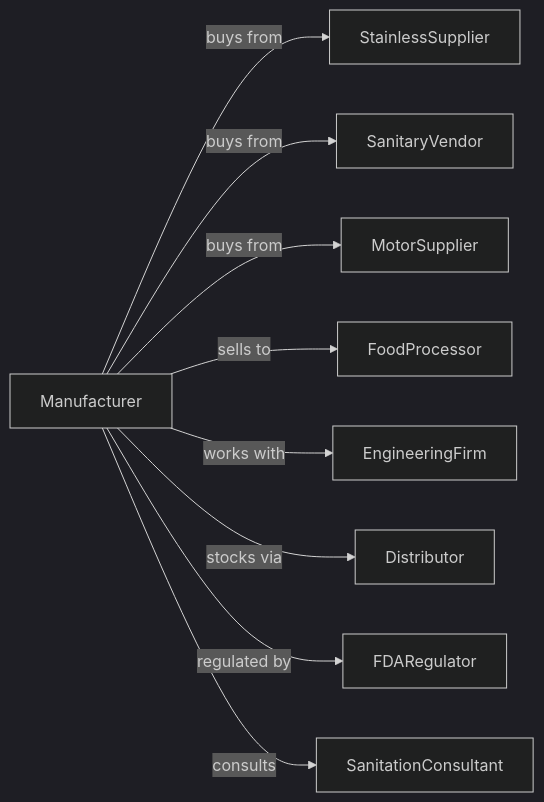
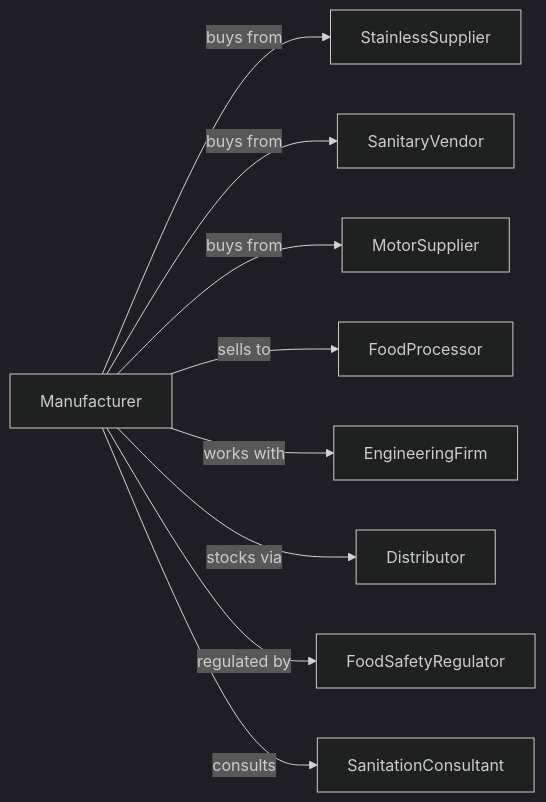
The second of 2 diagrams in Manufacturing/MachineryManufacturing/IndustrialMachineryManufacturing/FoodProductMachineryManufacturing.mdx (dot-org-ai/industries.org.ai), drawn with Mermaid (dark theme) before and after one commit. The commit also changed other lines of this file and 639 other files, not shown here.

````diff
--- a/Manufacturing/MachineryManufacturing/IndustrialMachineryManufacturing/FoodProductMachineryManufacturing.mdx
+++ b/Manufacturing/MachineryManufacturing/IndustrialMachineryManufacturing/FoodProductMachineryManufacturing.mdx
@@ -126,13 +126,13 @@
 ```mermaid
 graph LR
     M[Manufacturer]
 
     M -->|buys from| StainlessSupplier
     M -->|buys from| SanitaryVendor
     M -->|buys from| MotorSupplier
     M -->|sells to| FoodProcessor
     M -->|works with| EngineeringFirm
     M -->|stocks via| Distributor
-    M -->|regulated by| FDARegulator
+    M -->|regulated by| FoodSafetyRegulator
     M -->|consults| SanitationConsultant
 ```
````
